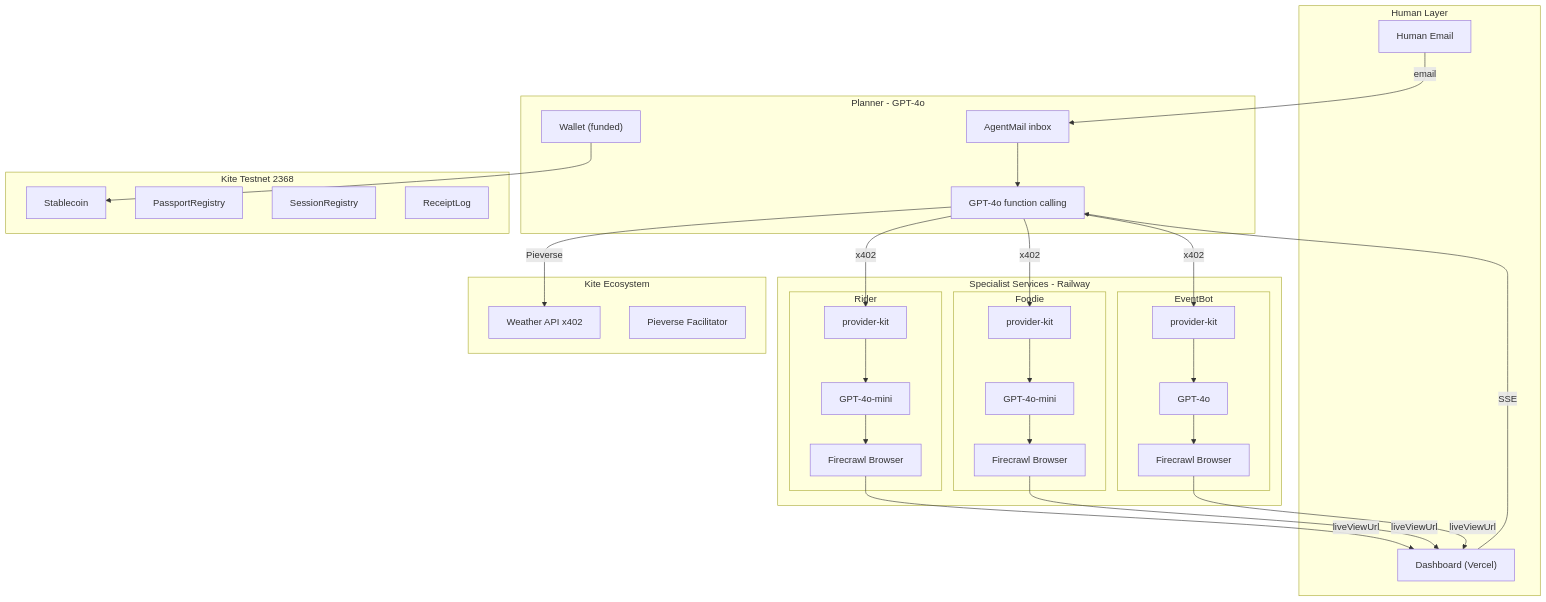
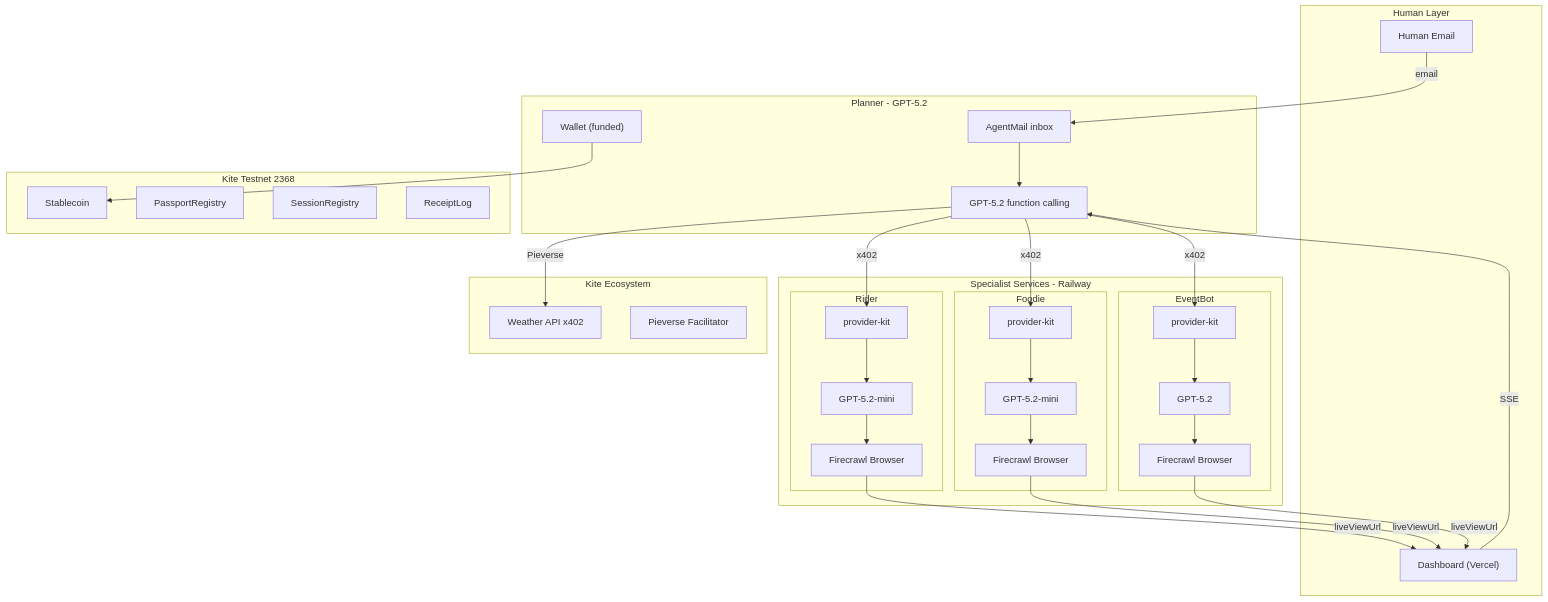
Before and after one commit to anishnarang9/ETHDenver26: the diagram in PLAN.md, drawn with Mermaid. The commit also changed other lines of this file and 9 other files, not shown here.

````diff
--- a/PLAN.md
+++ b/PLAN.md
@@ -22,53 +22,53 @@
 ```mermaid
 flowchart TB
     subgraph human [Human Layer]
         Gmail["Human Email"]
         Dashboard["Dashboard (Vercel)"]
     end
-    subgraph orchestrator [Planner - GPT-4o]
-        PlannerLLM["GPT-4o function calling"]
+    subgraph orchestrator [Planner - GPT-5.2]
+        PlannerLLM["GPT-5.2 function calling"]
         PlannerMail["AgentMail inbox"]
         PlannerWallet["Wallet (funded)"]
     end
     subgraph specialists [Specialist Services - Railway]
         subgraph rider [Rider]
-            RiderLLM["GPT-4o-mini"]
+            RiderLLM["GPT-5.2-mini"]
             RiderFC["Firecrawl Browser"]
             RiderKit["provider-kit"]
         end
         subgraph foodie [Foodie]
-            FoodieLLM["GPT-4o-mini"]
+            FoodieLLM["GPT-5.2-mini"]
             FoodieFC["Firecrawl Browser"]
             FoodieKit["provider-kit"]
         end
         subgraph eventbot [EventBot]
-            EventLLM["GPT-4o"]
+            EventLLM["GPT-5.2"]
             EventFC["Firecrawl Browser"]
             EventKit["provider-kit"]
         end
     end
     subgraph kiteEco [Kite Ecosystem]
         WeatherAPI["Weather API x402"]
         Pieverse["Pieverse Facilitator"]
     end
     subgraph chain [Kite Testnet 2368]
         Token["Stablecoin"]
         Passports["PassportRegistry"]
         Sessions["SessionRegistry"]
         Receipts["ReceiptLog"]
     end
     Gmail -->|email| PlannerMail
     PlannerMail --> PlannerLLM
     PlannerLLM -->|x402| RiderKit
     PlannerLLM -->|x402| FoodieKit
     PlannerLLM -->|x402| EventKit
     PlannerLLM -->|Pieverse| WeatherAPI
     RiderKit --> RiderLLM --> RiderFC
     FoodieKit --> FoodieLLM --> FoodieFC
     EventKit --> EventLLM --> EventFC
     PlannerWallet --> Token
     Dashboard -->|SSE| PlannerLLM
     RiderFC -->|liveViewUrl| Dashboard
     FoodieFC -->|liveViewUrl| Dashboard
     EventFC -->|liveViewUrl| Dashboard
 ```
````
